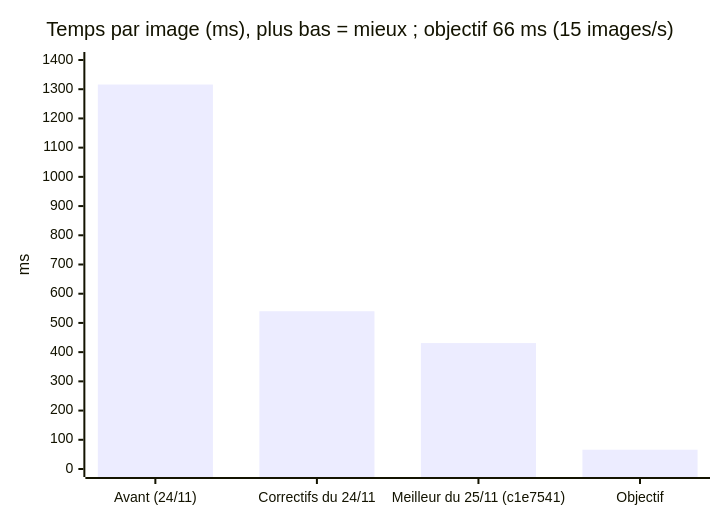
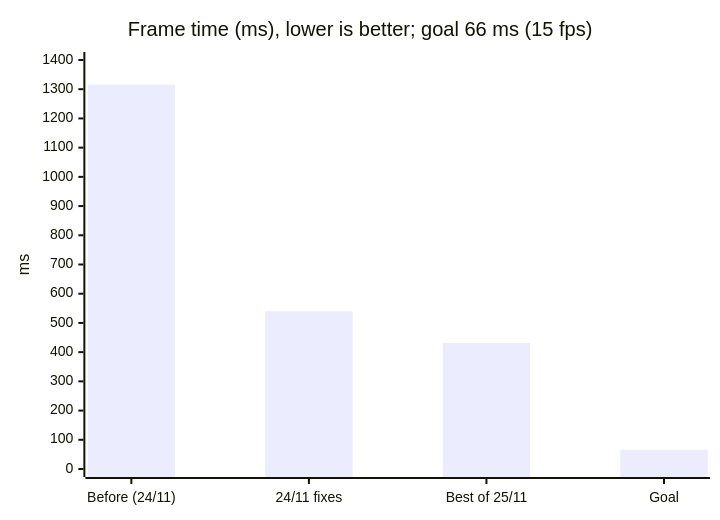
One commit to Cyanexani/cold-project-vi changed the second of 7 diagrams in README.md. Above: the diagram before and after it, drawn with Mermaid. The commit also changed other lines of this file and 2 other files, not shown here.

````diff
--- a/README.md
+++ b/README.md
@@ -215,7 +169,7 @@
 ```mermaid
 xychart-beta
-    title "Temps par image (ms), plus bas = mieux ; objectif 66 ms (15 images/s)"
-    x-axis ["Avant (24/11)", "Correctifs du 24/11", "Meilleur du 25/11 (c1e7541)", "Objectif"]
+    title "Frame time (ms), lower is better; goal 66 ms (15 fps)"
+    x-axis ["Before (24/11)", "24/11 fixes", "Best of 25/11", "Goal"]
     y-axis "ms" 0 --> 1400
     bar [1316, 540, 431, 66]
 ```
````
